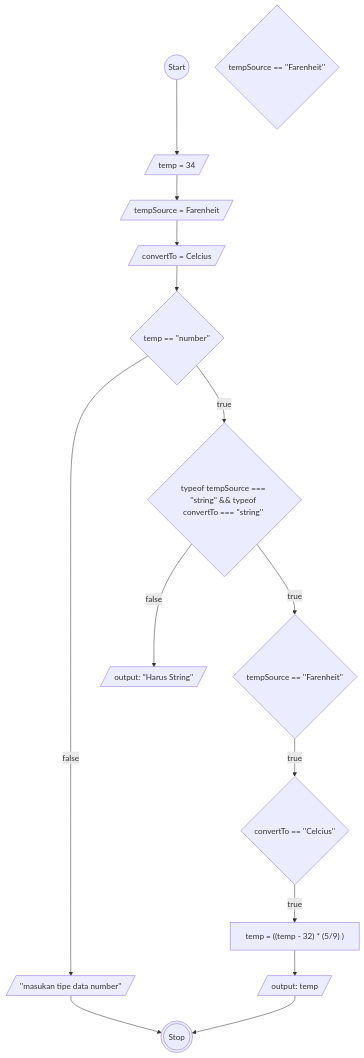
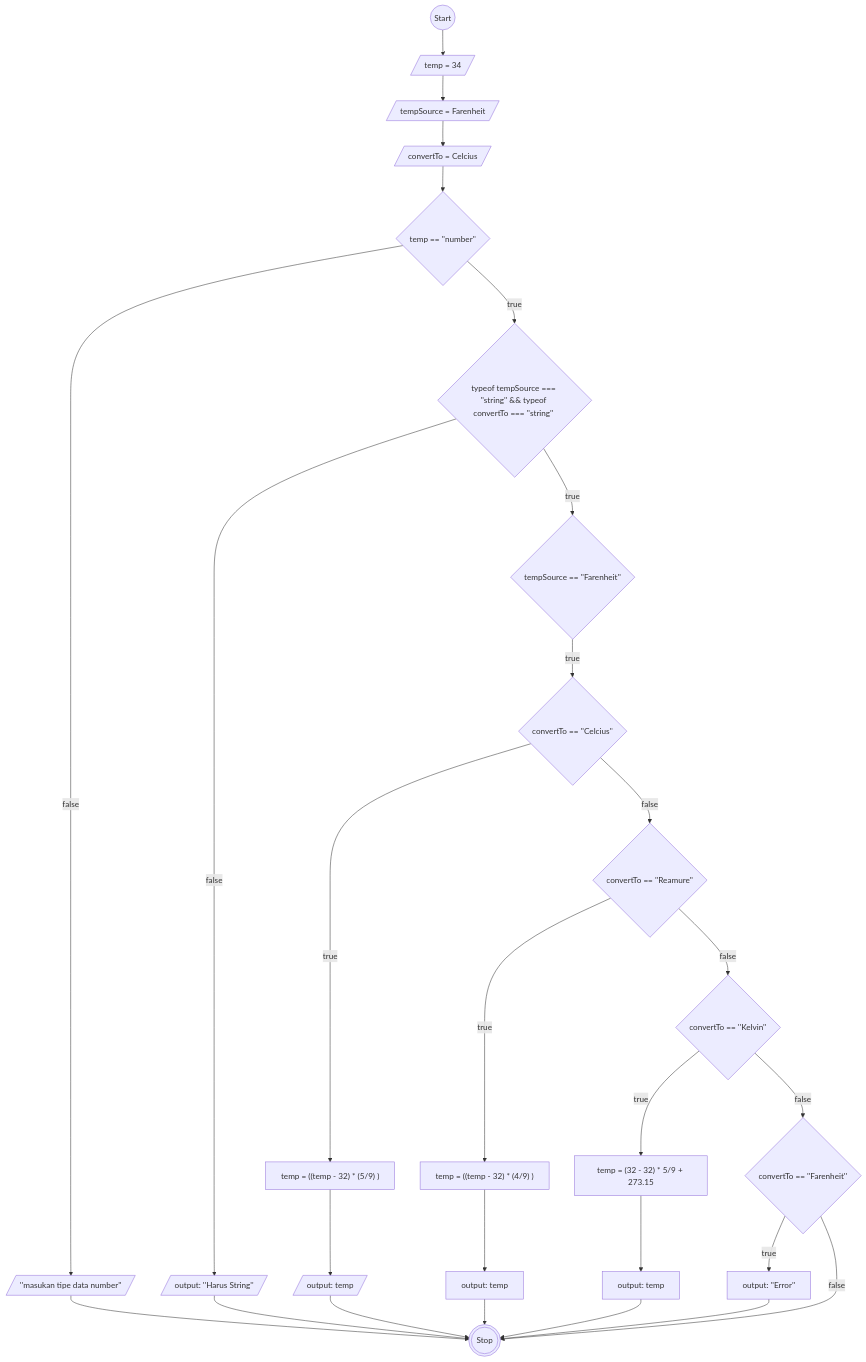
Before and after one commit to AbiPasundan/koda-b6-javascript1: the diagram in task4.md, drawn with Mermaid.

````diff
--- a/task4.md
+++ b/task4.md
@@ -5,31 +5,60 @@
 ```mermaid
     flowchart TB
         Start@{ shape: circ, label: "Start"}
 
         temp@{ shape: lean-r, label: "temp = 34"}
         tempSource@{ shape: lean-r, label: "tempSource = Farenheit"}
         convertTo@{ shape: lean-r, label:  "convertTo = Celcius"}
 
         validation@{ shape: diamond, label:  "temp == ''number''"}
         outputerr@{ shape: lean-r, label:  "''masukan tipe data number''"}
 
         isString@{ shape: diamond, label:  "typeof tempSource === ''string'' && typeof convertTo === ''string'' "}
         isStringFalse@{ shape: lean-r, label:  "output: ''Harus String''"}
 
         isStringTrue@{ shape: diamond, label:  "tempSource == ''Farenheit''"}
-        isStringTrueF@{ shape: diamond, label:  "tempSource == ''Farenheit''"}
 
+        %% SAMBUNGAN AWAL START
+        Start-->temp-->tempSource-->convertTo-->validation-->|false|outputerr-->Stop
+
+        validation-- true -->isString -- false --> isStringFalse --> Stop
+
+        isString-- true --> isStringTrue -- true -->isStringTrueFC -- true -->isStringTrueFCVar-->isStringTrueFCOut-->Stop
+        
+        %% SAMBUNGAN AWAL END
+
+        
+
+        %% CONVERT FARENHEIT START
         isStringTrueFC@{ shape: diamond, label:  "convertTo == ''Celcius''"}
         isStringTrueFCVar@{ shape: rect, label:  "temp = ((temp - 32) * (5/9) )"}
         isStringTrueFCOut@{ shape: lean-r, label:  "output: temp"}
 
+        isStringTrueFR@{ shape: diamond, label:  "convertTo == ''Reamure''"}
+        isStringTrueFRVar@{ shape: rect, label:  "temp = ((temp - 32) * (4/9) )"}
+        isStringTrueFROut@{ shape: rect, label:  "output: temp"}
+
+        isStringTrueFK@{ shape: diamond, label:  "convertTo == ''Kelvin''"}
+        isStringTrueFKVar@{ shape: rect, label:  "temp = (32 - 32) * 5/9 + 273.15"}
+        isStringTrueFKOut@{ shape: rect, label:  "output: temp"}
+
+        isStringTrueFF@{ shape: diamond, label:  "convertTo == ''Farenheit''"}
+        isStringTrueFFOut@{ shape: rect, label:  "output: ''Error''"}
+
+        %% SAMBUNGAN START
+        isStringTrueFC-- false --> isStringTrueFR -- true --> isStringTrueFRVar --> isStringTrueFROut-->Stop
+
+        isStringTrueFR -- false --> isStringTrueFK -- true --> isStringTrueFKVar --> isStringTrueFKOut -->Stop
+
+        isStringTrueFK -- false --> isStringTrueFF -- true --> isStringTrueFFOut -->Stop
+
+        isStringTrueFF -- false  -->Stop
+
+        %% isStringTrueFC -- true -->isStringTrueFCVar
+        %% SAMBUNGAN END
+
+        %% CONVERT FARENHEIT END
+
         Stop@{ shape: dbl-circ, label: "Stop"}
 
-        Start-->temp-->tempSource-->convertTo-->validation-->|false|outputerr-->Stop
-
-        validation-- true -->isString -- false --> isStringFalse
-        
-        isString-- true --> isStringTrue -- true -->isStringTrueFC -- true -->isStringTrueFCVar-->isStringTrueFCOut-->Stop
-
-        isString
 ```
````
